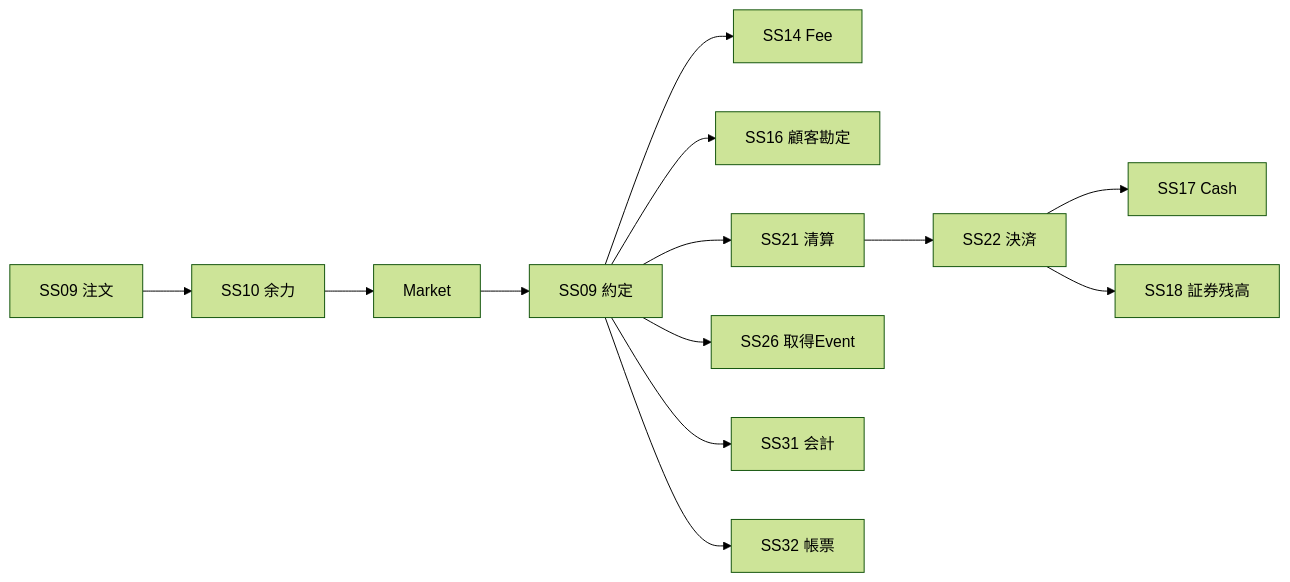
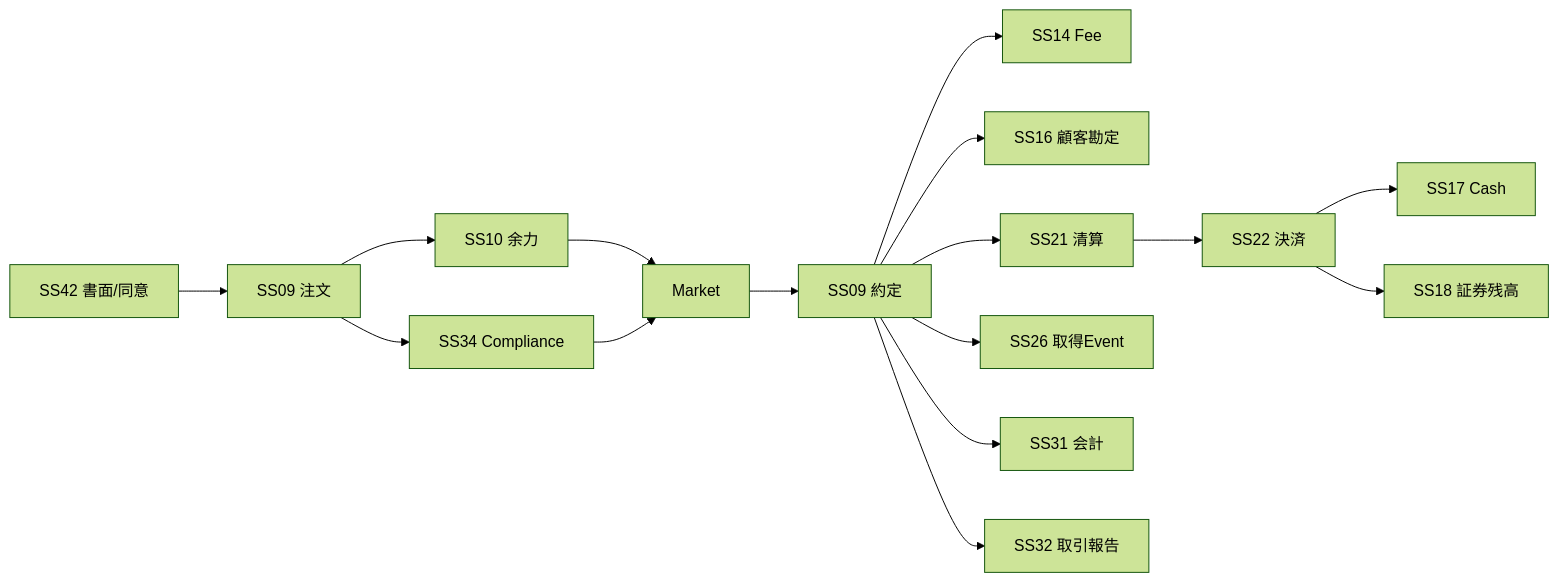
One commit to skyTreeCN/jp-securitie-skills changed the second of 5 diagrams in docs/01-architecture/END_TO_END_FLOW.md. Above: the diagram before and after it, drawn with Mermaid (forest theme). The commit also changed other lines of this file, not shown here.

Commit message:
Update end-to-end flows for v0.4 architecture

````diff
--- a/docs/01-architecture/END_TO_END_FLOW.md
+++ b/docs/01-architecture/END_TO_END_FLOW.md
@@ -83,15 +70,18 @@
 ```mermaid
 flowchart LR
-  O[SS09 注文] --> BP[SS10 余力]
+  DOC[SS42 書面/同意] --> O[SS09 注文]
+  O --> BP[SS10 余力]
+  O --> COMP[SS34 Compliance]
   BP --> MKT[Market]
+  COMP --> MKT
   MKT --> EXE[SS09 約定]
   EXE --> FEE[SS14 Fee]
   EXE --> LED[SS16 顧客勘定]
   EXE --> CLR[SS21 清算]
   CLR --> SET[SS22 決済]
   SET --> CASH[SS17 Cash]
   SET --> POS[SS18 証券残高]
   EXE --> TAX[SS26 取得Event]
   EXE --> ACC[SS31 会計]
-  EXE --> REP[SS32 帳票]
+  EXE --> REP[SS32 取引報告]
 ```
````
